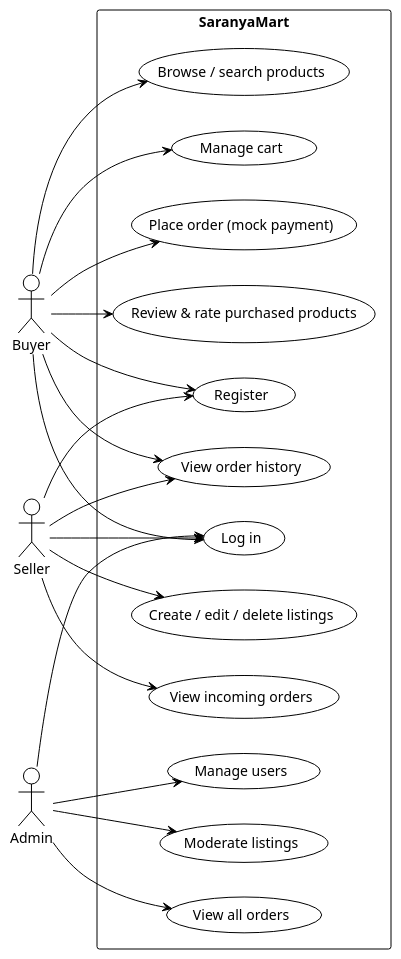
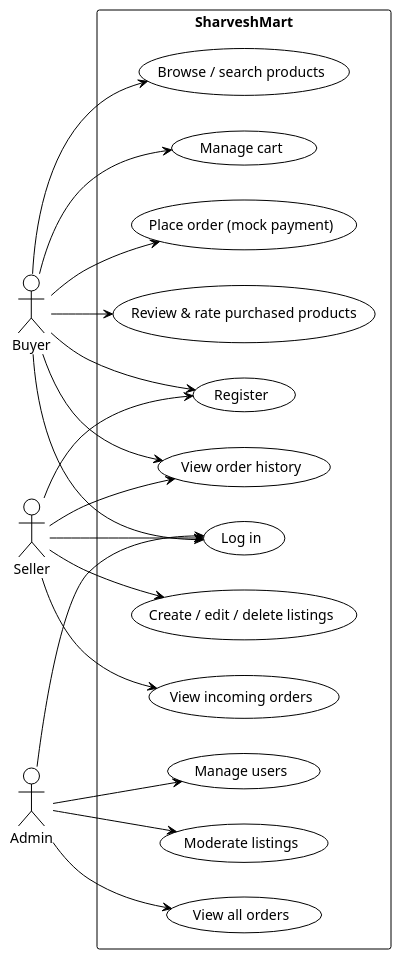
One commit to Sharvesh-2008/Sharvesh-Mart-2 changed the diagram in diagrams/use-case-diagram.puml. Above: the diagram before and after it, drawn with PlantUML. The commit also changed 210 other files, not shown here.

Commit message:
Sharvesh_Mart

```diff
--- a/diagrams/use-case-diagram.puml
+++ b/diagrams/use-case-diagram.puml
@@ -1,43 +1,43 @@
 @startuml use-case-diagram
 !theme plain
 left to right direction
-' Use cases for SaranyaMart from feature requirements F1-F8 (spec Section 1).
+' Use cases for SharveshMart from feature requirements F1-F8 (spec Section 1).
 ' This diagram accompanies the Checkpoint 1 problem statement (spec Section 5).
 
 actor "Buyer" as buyer
 actor "Seller" as seller
 actor "Admin" as admin
 
-rectangle "SaranyaMart" {
+rectangle "SharveshMart" {
   usecase "Register" as UC1
   usecase "Log in" as UC2
   usecase "Browse / search products" as UC3
   usecase "Manage cart" as UC4
   usecase "Place order (mock payment)" as UC5
   usecase "View order history" as UC6
   usecase "Review & rate purchased products" as UC7
   usecase "Create / edit / delete listings" as UC8
   usecase "View incoming orders" as UC9
   usecase "Manage users" as UC10
   usecase "Moderate listings" as UC11
   usecase "View all orders" as UC12
 }
 
 buyer  --> UC1
 seller --> UC1
 buyer  --> UC2
 seller --> UC2
 admin  --> UC2
 buyer  --> UC3
 buyer  --> UC4
 buyer  --> UC5
 buyer  --> UC6
 buyer  --> UC7
 seller --> UC8
 seller --> UC9
 seller --> UC6
 admin  --> UC10
 admin  --> UC11
 admin  --> UC12
 
 @enduml
```
